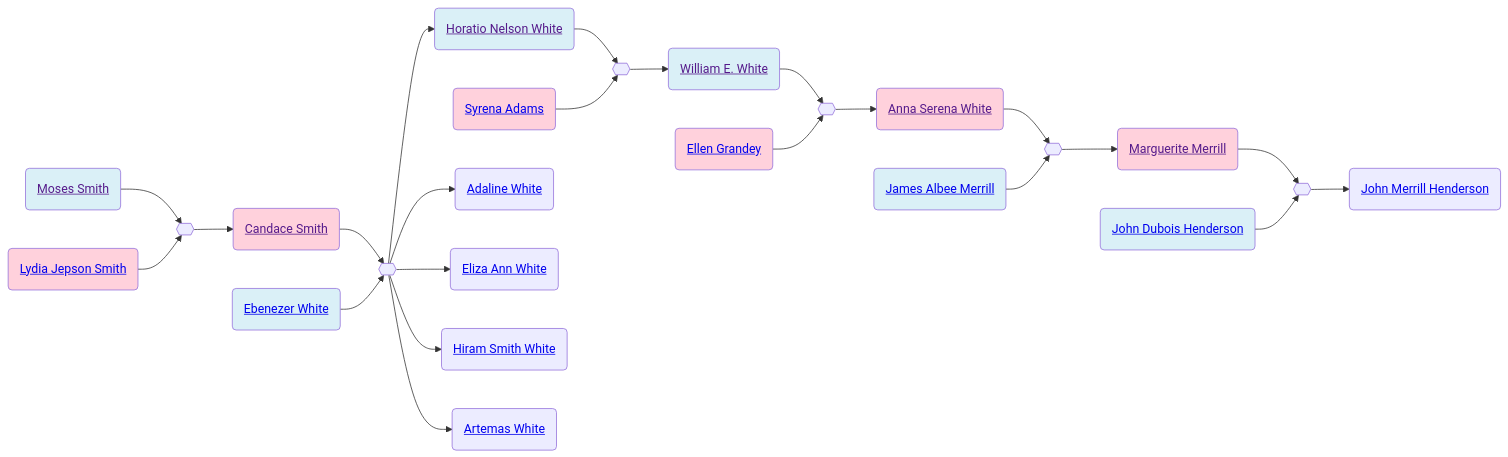
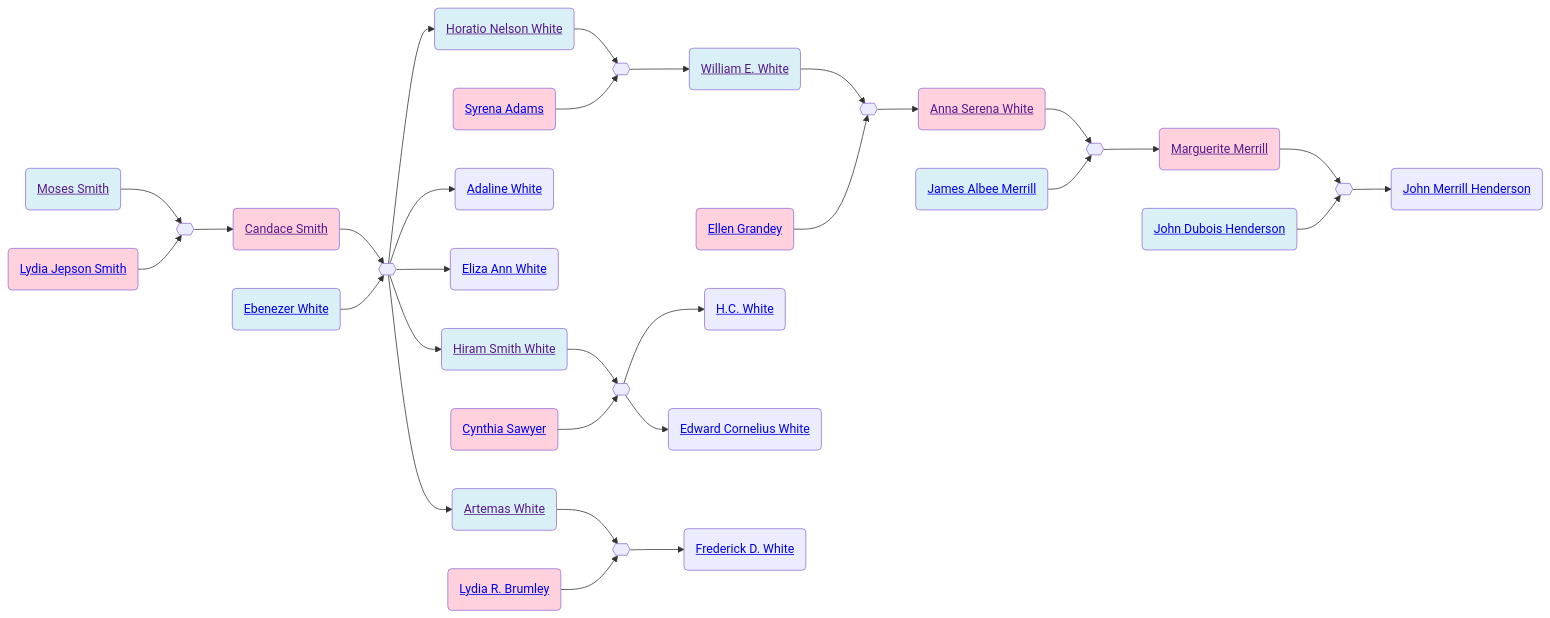
The second of 2 diagrams in familyhistory/sources/people/Moses_Smith_connections/Moses_Smith.qmd (neelsmith/avocational), drawn with Mermaid before and after one commit. The commit also changed 30 other files, not shown here.

````diff
--- a/familyhistory/sources/people/Moses_Smith_connections/Moses_Smith.qmd
+++ b/familyhistory/sources/people/Moses_Smith_connections/Moses_Smith.qmd
@@ -43,56 +43,71 @@
 ```{mermaid}
 graph LR
 %% LR descendant diagram
 class Moses_Smith_and_Lydia_Jepson_Smith marriage
 Moses_Smith(<a href=''>Moses Smith</a>) --> Moses_Smith_and_Lydia_Jepson_Smith{{ }}
 Lydia_Jepson_Smith(<a href='./../Merrill-line/White-line/Candace-Smith-line/Lydia_Jepson_Smith.html'>Lydia Jepson Smith</a>) --> Moses_Smith_and_Lydia_Jepson_Smith{{ }}
 class Moses_Smith father
 class Lydia_Jepson_Smith mother
 Moses_Smith_and_Lydia_Jepson_Smith{{ }} --> Candace_Smith(<a href='./../Merrill-line/White-line/Candace-Smith-line/Candace_Smith.html'>Candace Smith</a>)
 class Candace_Smith_and_Ebenezer_White marriage
 Candace_Smith(<a href=''>Candace Smith</a>) --> Candace_Smith_and_Ebenezer_White{{ }}
 Ebenezer_White(<a href='./../Ebenezer_White.html'>Ebenezer White</a>) --> Candace_Smith_and_Ebenezer_White{{ }}
 class Ebenezer_White father
 class Candace_Smith mother
 Candace_Smith_and_Ebenezer_White{{ }} --> Horatio_Nelson_White(<a href='./../Horatio_Nelson_White.html'>Horatio Nelson White</a>)
 class Horatio_Nelson_White_and_Syrena_Adams marriage
 Horatio_Nelson_White(<a href=''>Horatio Nelson White</a>) --> Horatio_Nelson_White_and_Syrena_Adams{{ }}
 Syrena_Adams(<a href='./Syrena_Adams.html'>Syrena Adams</a>) --> Horatio_Nelson_White_and_Syrena_Adams{{ }}
 class Horatio_Nelson_White father
 class Syrena_Adams mother
 Horatio_Nelson_White_and_Syrena_Adams{{ }} --> William_E._White(<a href='./William_E._White.html'>William E. White</a>)
 class William_E._White_and_Ellen_Grandey marriage
 William_E._White(<a href=''>William E. White</a>) --> William_E._White_and_Ellen_Grandey{{ }}
 Ellen_Grandey(<a href='./../Grandey-line/Ellen_Grandey.html'>Ellen Grandey</a>) --> William_E._White_and_Ellen_Grandey{{ }}
 class William_E._White father
 class Ellen_Grandey mother
 William_E._White_and_Ellen_Grandey{{ }} --> Anna_Serena_White(<a href='./Anna_Serena_White.html'>Anna Serena White</a>)
 class Anna_Serena_White_and_James_Albee_Merrill marriage
 Anna_Serena_White(<a href=''>Anna Serena White</a>) --> Anna_Serena_White_and_James_Albee_Merrill{{ }}
 James_Albee_Merrill(<a href='./../James_Albee_Merrill.html'>James Albee Merrill</a>) --> Anna_Serena_White_and_James_Albee_Merrill{{ }}
 class James_Albee_Merrill father
 class Anna_Serena_White mother
 Anna_Serena_White_and_James_Albee_Merrill{{ }} --> Marguerite_Merrill(<a href='./../Marguerite_Merrill.html'>Marguerite Merrill</a>)
 class Marguerite_Merrill_and_John_Dubois_Henderson marriage
 Marguerite_Merrill(<a href=''>Marguerite Merrill</a>) --> Marguerite_Merrill_and_John_Dubois_Henderson{{ }}
 John_Dubois_Henderson(<a href='./../Henderson-line/John_Dubois_Henderson.html'>John Dubois Henderson</a>) --> Marguerite_Merrill_and_John_Dubois_Henderson{{ }}
 class John_Dubois_Henderson father
 class Marguerite_Merrill mother
 Marguerite_Merrill_and_John_Dubois_Henderson{{ }} --> John_Merrill_Henderson(<a href='./../Henderson-line/John_Merrill_Henderson.html'>John Merrill Henderson</a>)
 class Ebenezer_White father
 class Candace_Smith mother
 Candace_Smith_and_Ebenezer_White{{ }} --> Adaline_White(<a href='./../Adaline_White.html'>Adaline White</a>)
 class Ebenezer_White father
 class Candace_Smith mother
 Candace_Smith_and_Ebenezer_White{{ }} --> Eliza_Ann_White(<a href='./../Eliza_Ann_White.html'>Eliza Ann White</a>)
 class Ebenezer_White father
 class Candace_Smith mother
 Candace_Smith_and_Ebenezer_White{{ }} --> Hiram_Smith_White(<a href='./../Hiram_Smith_White.html'>Hiram Smith White</a>)
+class Hiram_Smith_White_and_Cynthia_Sawyer marriage
+Hiram_Smith_White(<a href=''>Hiram Smith White</a>) --> Hiram_Smith_White_and_Cynthia_Sawyer{{ }}
+Cynthia_Sawyer(<a href='./Cynthia_Sawyer.html'>Cynthia Sawyer</a>) --> Hiram_Smith_White_and_Cynthia_Sawyer{{ }}
+class Hiram_Smith_White father
+class Cynthia_Sawyer mother
+Hiram_Smith_White_and_Cynthia_Sawyer{{ }} --> H.C._White(<a href='./../../../H.C._White.html'>H.C. White</a>)
+class Hiram_Smith_White father
+class Cynthia_Sawyer mother
+Hiram_Smith_White_and_Cynthia_Sawyer{{ }} --> Edward_Cornelius_White(<a href='./Edward_Cornelius_White.html'>Edward Cornelius White</a>)
 class Ebenezer_White father
 class Candace_Smith mother
 Candace_Smith_and_Ebenezer_White{{ }} --> Artemas_White(<a href='./../Artemas_White.html'>Artemas White</a>)
+class Artemas_White_and_Lydia_R._Brumley marriage
+Artemas_White(<a href=''>Artemas White</a>) --> Artemas_White_and_Lydia_R._Brumley{{ }}
+Lydia_R._Brumley(<a href='./Lydia_R._Brumley.html'>Lydia R. Brumley</a>) --> Artemas_White_and_Lydia_R._Brumley{{ }}
+class Artemas_White father
+class Lydia_R._Brumley mother
+Artemas_White_and_Lydia_R._Brumley{{ }} --> Frederick_D._White(<a href='./Frederick_D._White.html'>Frederick D. White</a>)
 classDef mother fill:#ffd1dc
 classDef father fill:#daf0f7  
 classDef marriage fill:#ffffff
 
 ```
````
